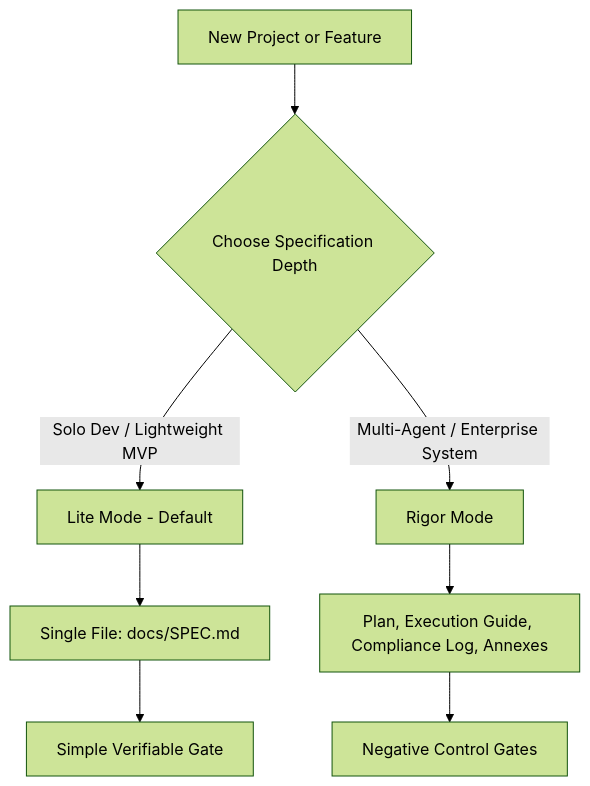
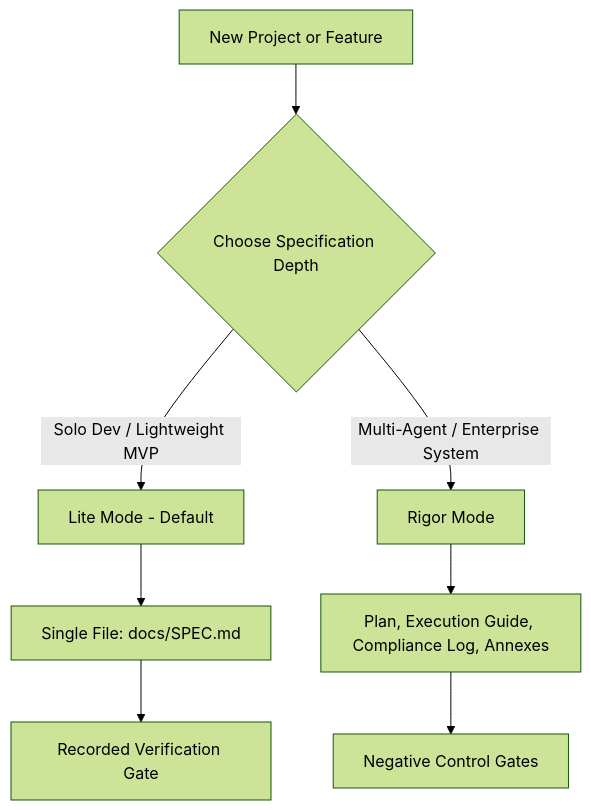
Before and after one commit to tBeltty/agentic-sdd-framework: the second of 2 diagrams in README.md, drawn with Mermaid (forest theme). The commit also changed other lines of this file and 31 other files, not shown here.

````diff
--- a/README.md
+++ b/README.md
@@ -37,10 +39,10 @@
 ```mermaid
 graph TD
     A[New Project or Feature] --> B{Choose Specification Depth}
     B -->|Solo Dev / Lightweight MVP| C[Lite Mode - Default]
     C --> C1[Single File: docs/SPEC.md]
-    C1 --> C2[Simple Verifiable Gate]
+    C1 --> C2[Recorded Verification Gate]
     B -->|Multi-Agent / Enterprise System| D[Rigor Mode]
     D --> D1[Plan, Execution Guide, Compliance Log, Annexes]
     D1 --> D2[Negative Control Gates]
 ```
````
